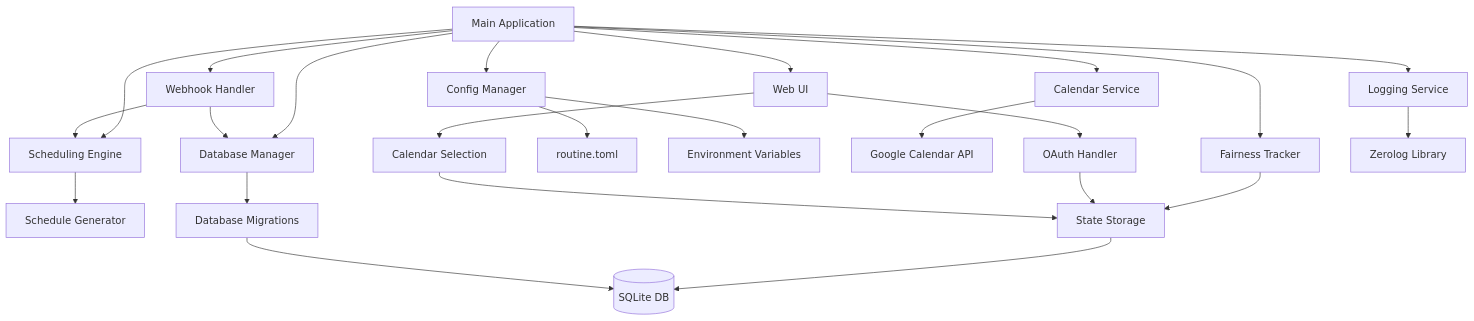
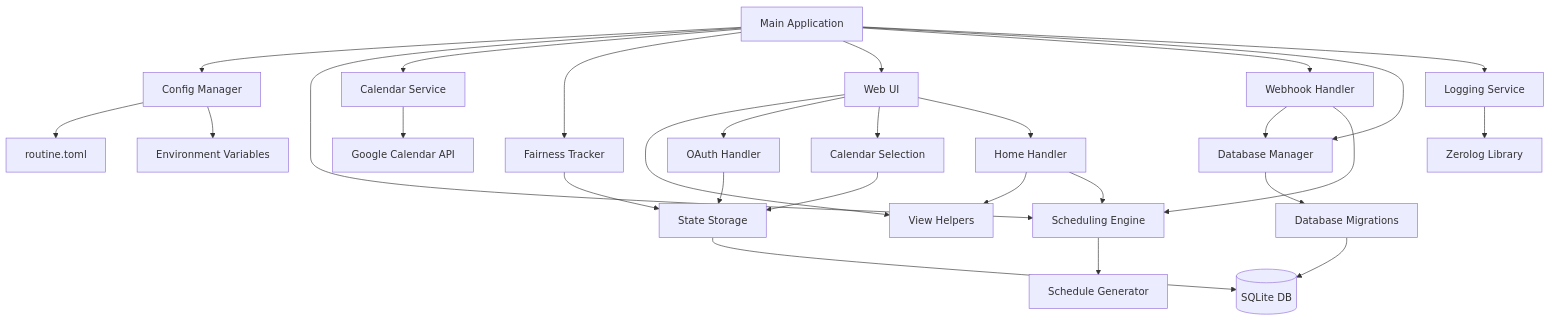
The first of 3 diagrams in docs/architecture.md (Belphemur/night-routine), drawn with Mermaid before and after one commit. The commit also changed other lines of this file, not shown here.

Commit message:
docs: Update architecture diagram and web UI section for calendar view

````diff
--- a/docs/architecture.md
+++ b/docs/architecture.md
@@ -5,28 +5,31 @@
 ```mermaid
 graph TD
     A[Main Application] --> B[Config Manager]
     A --> C[Scheduling Engine]
     A --> D[Calendar Service]
     A --> E[Fairness Tracker]
     A --> W[Web UI]
     A --> WH[Webhook Handler]
     A --> DB[Database Manager]
     A --> LG[Logging Service]
-
+    W --> VH[View Helpers]
     B --> F[routine.toml]
     B --> M[Environment Variables]
     C --> G[Schedule Generator]
     D --> H[Google Calendar API]
     E --> I[State Storage]
     W --> J[OAuth Handler]
     W --> K[Calendar Selection]
-    WH --> DB           
+    W --> HC[Home Handler]
+    WH --> DB
     WH --> C
     DB --> MG[Database Migrations]
     LG --> ZL[Zerolog Library]
+    HC --> VH
+    HC --> C
 
     J --> I
     K --> I
     I --> L[(SQLite DB)]
     MG --> L
 ```
````
